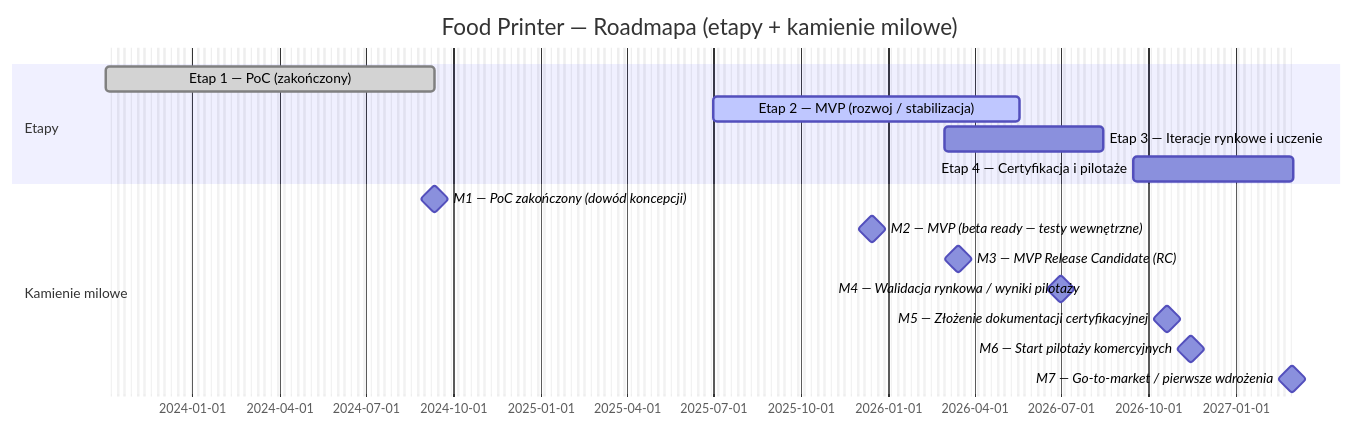
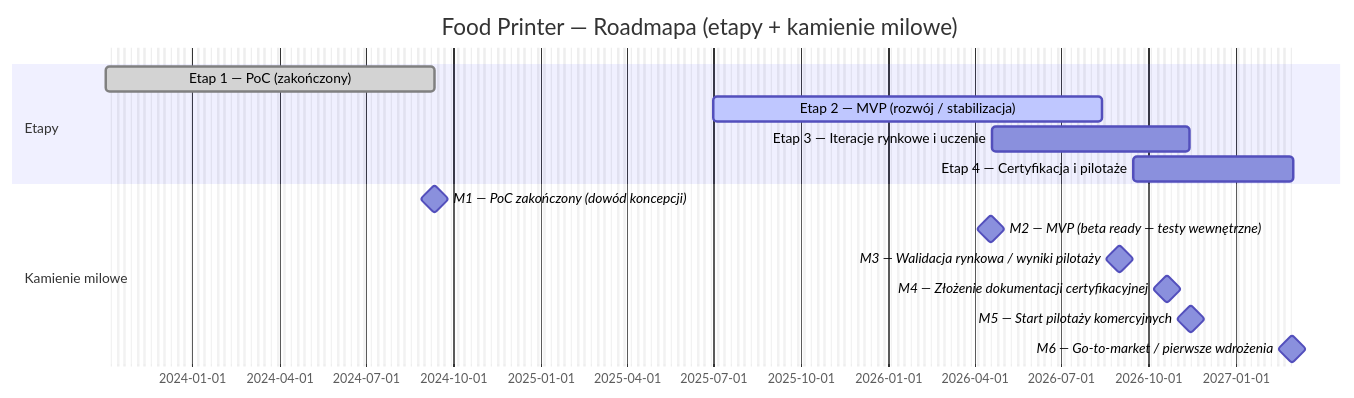
Before and after one commit to TanskiSzymon/food-printer: the first of 3 diagrams in README.md, drawn with Mermaid. The commit also changed other lines of this file, not shown here.

````diff
--- a/README.md
+++ b/README.md
@@ -68,21 +26,20 @@
 ```mermaid
 gantt
   title Food Printer — Roadmapa (etapy + kamienie milowe)
-  dateFormat  YYYY-MM-DD
-  excludes    weekends
+  dateFormat YYYY-MM-DD
+  excludes  weekends
 
   section Etapy
   Etap 1 — PoC (zakończony)                    :done,    poc1, 2023-10-02, 2024-09-11
-  Etap 2 — MVP (rozwoj / stabilizacja)         :active,  mvp2, 2025-07-01, 230d
-  Etap 3 — Iteracje rynkowe i uczenie          :         it3,  2026-03-01, 120d
+  Etap 2 — MVP (rozwój / stabilizacja)         :active,  mvp2, 2025-07-01, 292d
+  Etap 3 — Iteracje rynkowe i uczenie          :         it3,  2026-04-19, 150d
   Etap 4 — Certyfikacja i pilotaże             :         cer4, 2026-09-15, 120d
 
   section Kamienie milowe
-  M1 — PoC zakończony (dowód koncepcji)        :milestone, m1, 2024-09-11, 0d
-  M2 — MVP (beta ready — testy wewnętrzne)     :milestone, m2, 2025-12-15, 0d
-  M3 — MVP Release Candidate (RC)              :milestone, m3, 2026-03-15, 0d
-  M4 — Walidacja rynkowa / wyniki pilotaży     :milestone, m4, 2026-07-01, 0d
-  M5 — Złożenie dokumentacji certyfikacyjnej   :milestone, m5, 2026-10-20, 0d
-  M6 — Start pilotaży komercyjnych             :milestone, m6, 2026-11-15, 0d
-  M7 — Go-to-market / pierwsze wdrożenia       :milestone, m7, 2027-03-01, 0d
+  M1  — PoC zakończony (dowód koncepcji)                     :milestone, m1,  2024-09-11, 0d
+  M2 — MVP (beta ready — testy wewnętrzne)                   :milestone, m2,  2026-04-18, 0d
+  M3  — Walidacja rynkowa / wyniki pilotaży                  :milestone, m3,  2026-09-01, 0d
+  M4  — Złożenie dokumentacji certyfikacyjnej                :milestone, m4,  2026-10-20, 0d
+  M5  — Start pilotaży komercyjnych                          :milestone, m5,  2026-11-15, 0d
+  M6  — Go-to-market / pierwsze wdrożenia                    :milestone, m6,  2027-03-01, 0d
 ```
````
